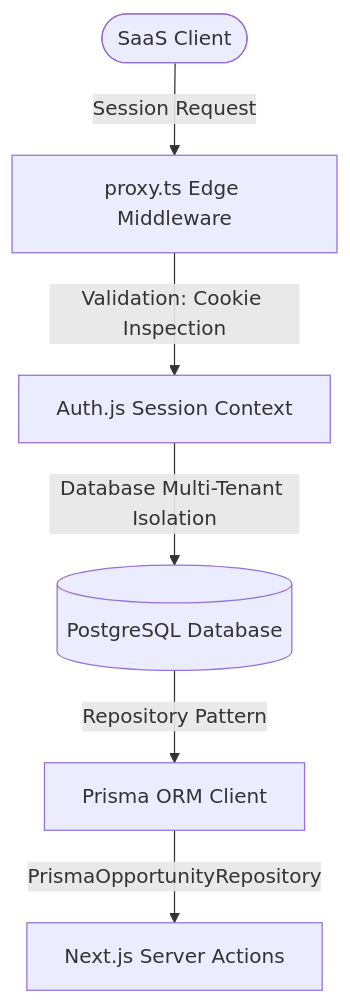
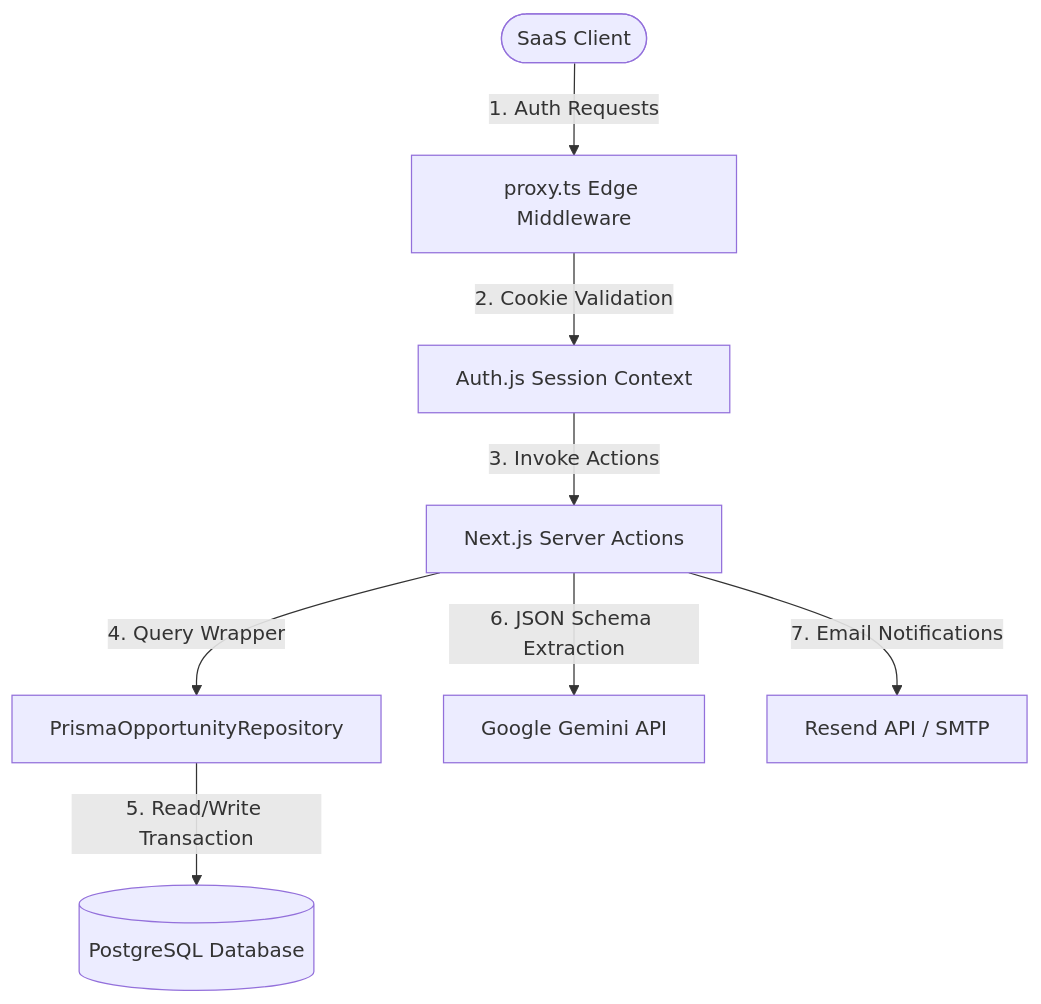
The diagram in README.md (Starr365/Apply-Away), drawn with Mermaid before and after one commit. The commit also changed other lines of this file, not shown here.

````diff
--- a/README.md
+++ b/README.md
@@ -23,8 +9,10 @@
 ```mermaid
 graph TD
-    User([SaaS Client]) -->|Session Request| EdgeProxy[proxy.ts Edge Middleware]
-    EdgeProxy -->|Validation: Cookie Inspection| AuthJS[Auth.js Session Context]
-    AuthJS -->|Database Multi-Tenant Isolation| PostgreSQL[(PostgreSQL Database)]
-    PostgreSQL -->|Repository Pattern| Prisma[Prisma ORM Client]
-    Prisma -->|PrismaOpportunityRepository| AppActions[Next.js Server Actions]
+    User([SaaS Client]) -->|1. Auth Requests| Proxy[proxy.ts Edge Middleware]
+    Proxy -->|2. Cookie Validation| Session[Auth.js Session Context]
+    Session -->|3. Invoke Actions| ServerActions[Next.js Server Actions]
+    ServerActions -->|4. Query Wrapper| Repositories[PrismaOpportunityRepository]
+    Repositories -->|5. Read/Write Transaction| PostgreSQL[(PostgreSQL Database)]
+    ServerActions -->|6. JSON Schema Extraction| Gemini[Google Gemini API]
+    ServerActions -->|7. Email Notifications| Resend[Resend API / SMTP]
 ```
````
